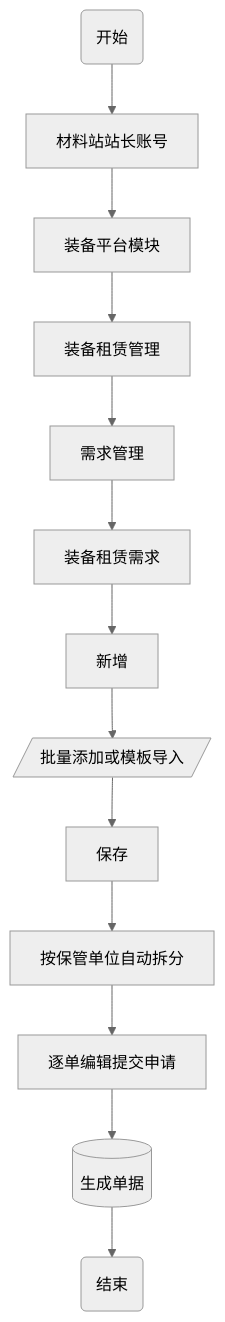
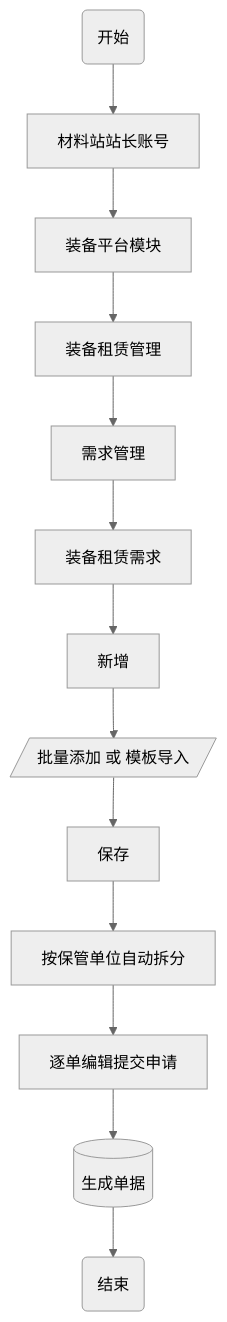
Before and after one commit to glaze-blue/zett-single-project: the third of 8 diagrams in asset/单项工程现场装备全流程管理流程图.md, drawn with Mermaid (neutral theme).

Commit message:
优化流程图图形

````diff
--- a/asset/单项工程现场装备全流程管理流程图.md
+++ b/asset/单项工程现场装备全流程管理流程图.md
@@ -81,15 +81,15 @@
 ```mermaid
 graph TD
     00(开始)--> A[材料站站长账号]
     A --> B[装备平台模块]
     B --> C[装备租赁管理]
     C --> D[需求管理]
     D --> E[装备租赁需求]
     E --> F[新增]
-    F --> G[/批量添加或模板导入/]
+    F --> G[/批量添加 或 模板导入/]
     G --> H[保存]
     H --> I[按保管单位自动拆分]
     I --> J[逐单编辑提交申请]
     J --> K[(生成单据)]
     K --> L(结束)
 ```
````
